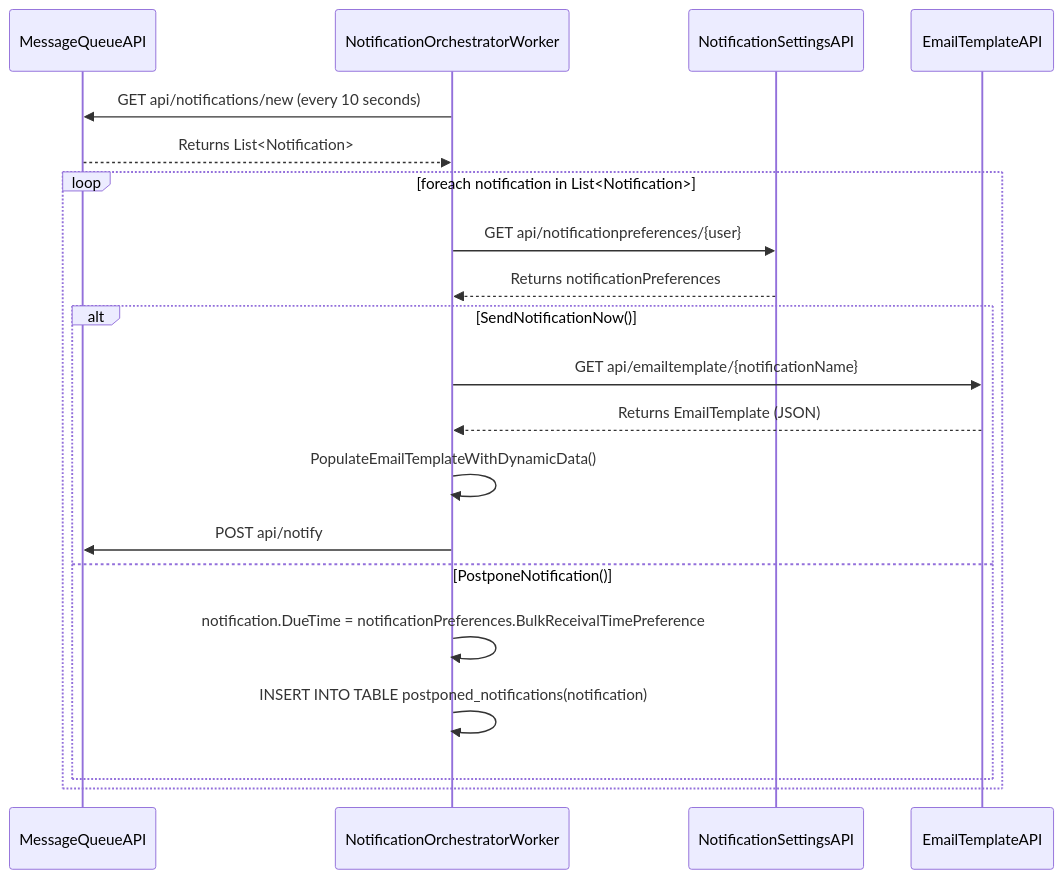
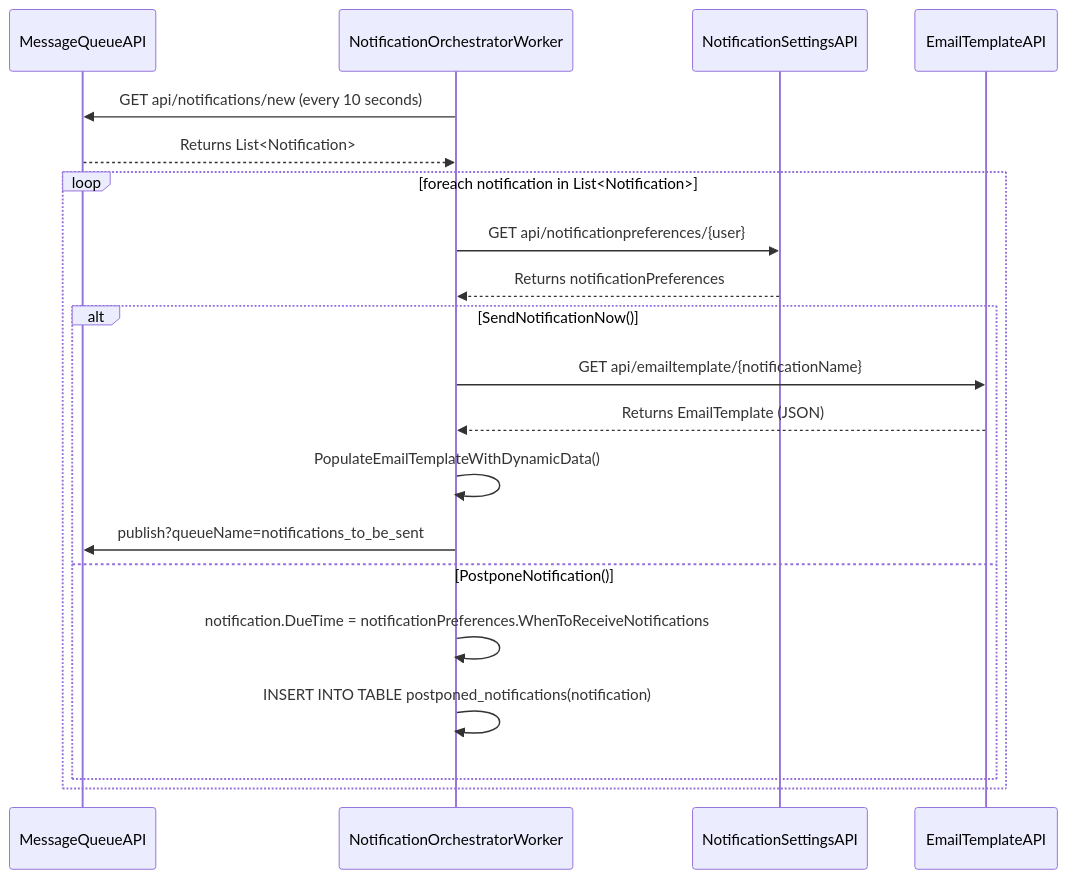
The second of 4 diagrams in Diagrams/SequenceDiagrams.md (rasmusulriksen/BachelorsProject), drawn with Mermaid before and after one commit. The commit also changed other lines of this file and 4 other files, not shown here.

````diff
--- a/Diagrams/SequenceDiagrams.md
+++ b/Diagrams/SequenceDiagrams.md
@@ -35,23 +37,23 @@
 ```mermaid
 sequenceDiagram
     participant MessageQueueAPI
     participant NotificationOrchestratorWorker
     participant NotificationSettingsAPI
     participant EmailTemplateAPI
 
     NotificationOrchestratorWorker->>MessageQueueAPI: GET api/notifications/new (every 10 seconds)
     MessageQueueAPI-->>NotificationOrchestratorWorker: Returns List<Notification>
     loop foreach notification in List<Notification>
         NotificationOrchestratorWorker->>NotificationSettingsAPI: GET api/notificationpreferences/{user}
         NotificationSettingsAPI-->>NotificationOrchestratorWorker: Returns notificationPreferences
         alt SendNotificationNow()
             NotificationOrchestratorWorker->>EmailTemplateAPI: GET api/emailtemplate/{notificationName}
             EmailTemplateAPI-->>NotificationOrchestratorWorker: Returns EmailTemplate (JSON)
             NotificationOrchestratorWorker->>NotificationOrchestratorWorker: PopulateEmailTemplateWithDynamicData()
-            NotificationOrchestratorWorker->>MessageQueueAPI: POST api/notify
+            NotificationOrchestratorWorker->>MessageQueueAPI: publish?queueName=notifications_to_be_sent
         else PostponeNotification()
-            NotificationOrchestratorWorker->>NotificationOrchestratorWorker: notification.DueTime = notificationPreferences.BulkReceivalTimePreference
+            NotificationOrchestratorWorker->>NotificationOrchestratorWorker: notification.DueTime = notificationPreferences.WhenToReceiveNotifications
             NotificationOrchestratorWorker->>NotificationOrchestratorWorker: INSERT INTO TABLE postponed_notifications(notification)
         end 
     end
 ```
````
